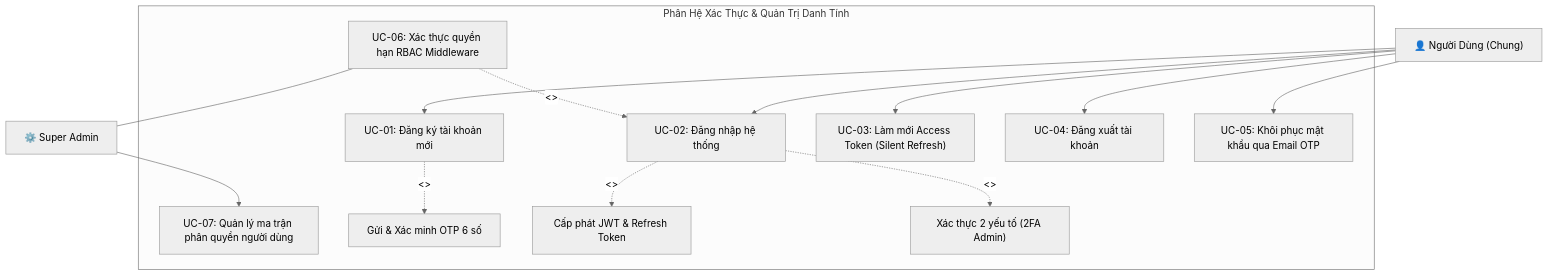
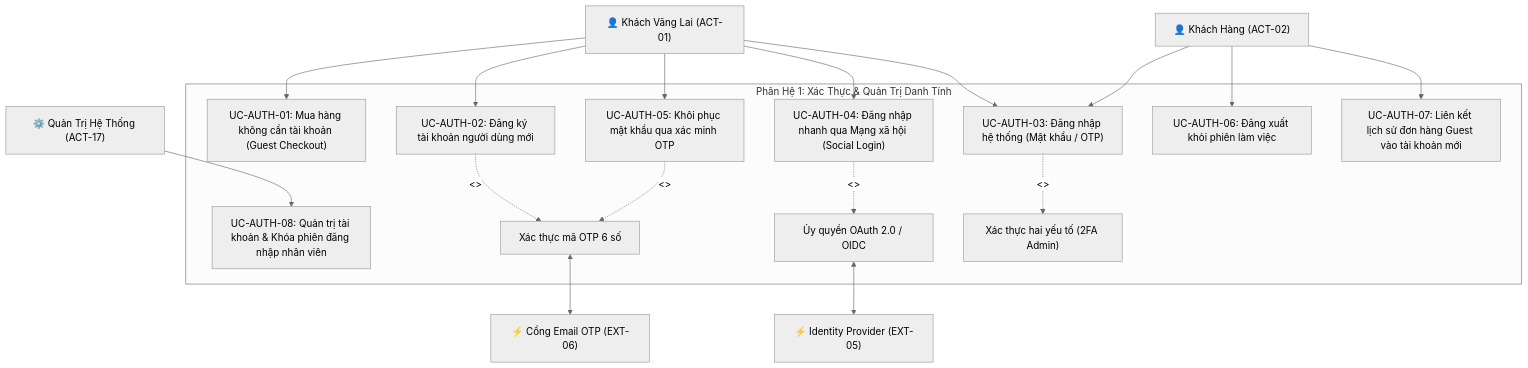
One commit to hvduong2k5/DUT.PBL6 changed the third of 16 diagrams in docs/01_requirements/use_case_specification.md. Above: the diagram before and after it, drawn with Mermaid (neutral theme). The commit also changed other lines of this file, not shown here.

````diff
--- a/docs/01_requirements/use_case_specification.md
+++ b/docs/01_requirements/use_case_specification.md
@@ -214,29 +376,39 @@
 ```mermaid
 graph TB
-    User["👤 Người Dùng (Chung)"]
-    Admin["⚙️ Super Admin"]
+    Guest["👤 Khách Vãng Lai (ACT-01)"]
+    Customer["👤 Khách Hàng (ACT-02)"]
+    Admin["⚙️ Quản Trị Hệ Thống (ACT-17)"]
+    Ext_IdP["⚡ Identity Provider (EXT-05)"]
+    Ext_Email["⚡ Cổng Email OTP (EXT-06)"]
 
-    subgraph Auth_Subsystem ["Phân Hệ Xác Thực & Quản Trị Danh Tính"]
-        UC01["UC-01: Đăng ký tài khoản mới"]
-        UC02["UC-02: Đăng nhập hệ thống"]
-        UC03["UC-03: Làm mới Access Token (Silent Refresh)"]
-        UC04["UC-04: Đăng xuất tài khoản"]
-        UC05["UC-05: Khôi phục mật khẩu qua Email OTP"]
-        UC06["UC-06: Xác thực quyền hạn RBAC Middleware"]
-        UC07["UC-07: Quản lý ma trận phân quyền người dùng"]
+    subgraph Subsystem_Auth ["Phân Hệ 1: Xác Thực & Quản Trị Danh Tính"]
+        UC_AUTH_01["UC-AUTH-01: Mua hàng không cần tài khoản (Guest Checkout)"]
+        UC_AUTH_02["UC-AUTH-02: Đăng ký tài khoản người dùng mới"]
+        UC_AUTH_03["UC-AUTH-03: Đăng nhập hệ thống (Mật khẩu / OTP)"]
+        UC_AUTH_04["UC-AUTH-04: Đăng nhập nhanh qua Mạng xã hội (Social Login)"]
+        UC_AUTH_05["UC-AUTH-05: Khôi phục mật khẩu qua xác minh OTP"]
+        UC_AUTH_06["UC-AUTH-06: Đăng xuất khỏi phiên làm việc"]
+        UC_AUTH_07["UC-AUTH-07: Liên kết lịch sử đơn hàng Guest vào tài khoản mới"]
+        UC_AUTH_08["UC-AUTH-08: Quản trị tài khoản & Khóa phiên đăng nhập nhân viên"]
 
-        UC01 -. "<<include>>" .-> UC01_OTP["Gửi & Xác minh OTP 6 số"]
-        UC02 -. "<<include>>" .-> UC02_JWT["Cấp phát JWT & Refresh Token"]
-        UC02 -. "<<extend>>" .-> UC02_2FA["Xác thực 2 yếu tố (2FA Admin)"]
-        UC06 -. "<<include>>" .-> UC02
+        UC_AUTH_02 -. "<<include>>" .-> UC_VERIFY_OTP["Xác thực mã OTP 6 số"]
+        UC_AUTH_05 -. "<<include>>" .-> UC_VERIFY_OTP
+        UC_AUTH_04 -. "<<include>>" .-> UC_OAUTH["Ủy quyền OAuth 2.0 / OIDC"]
+        UC_AUTH_03 -. "<<extend>>" .-> UC_2FA["Xác thực hai yếu tố (2FA Admin)"]
     end
 
-    User --> UC01
-    User --> UC02
-    User --> UC03
-    User --> UC04
-    User --> UC05
+    Guest --> UC_AUTH_01
+    Guest --> UC_AUTH_02
+    Guest --> UC_AUTH_03
+    Guest --> UC_AUTH_04
+    Guest --> UC_AUTH_05
 
-    Admin --> UC07
-    UC06 --- Admin
+    Customer --> UC_AUTH_03
+    Customer --> UC_AUTH_06
+    Customer --> UC_AUTH_07
+
+    Admin --> UC_AUTH_08
+
+    UC_OAUTH <--> Ext_IdP
+    UC_VERIFY_OTP <--> Ext_Email
 ```
````
